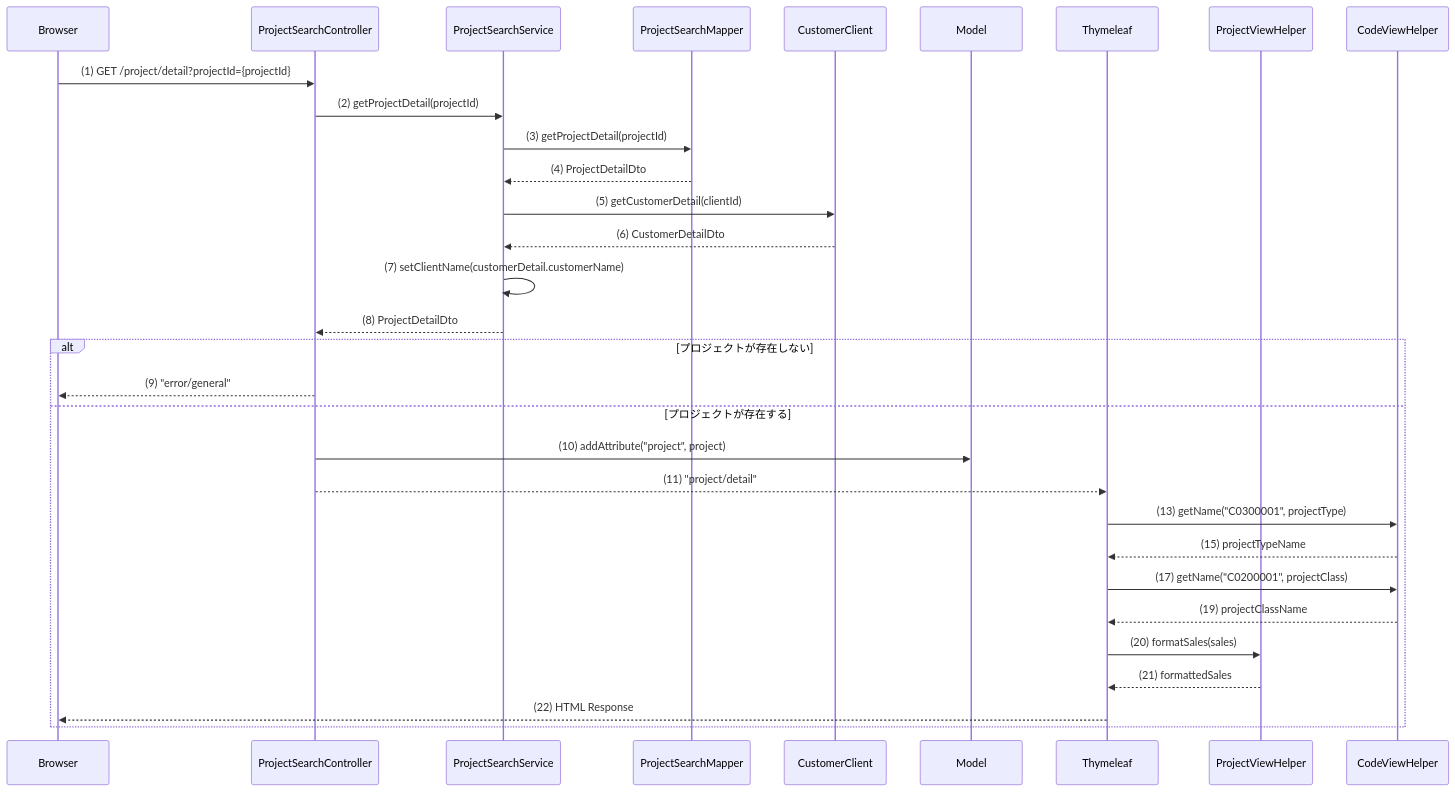
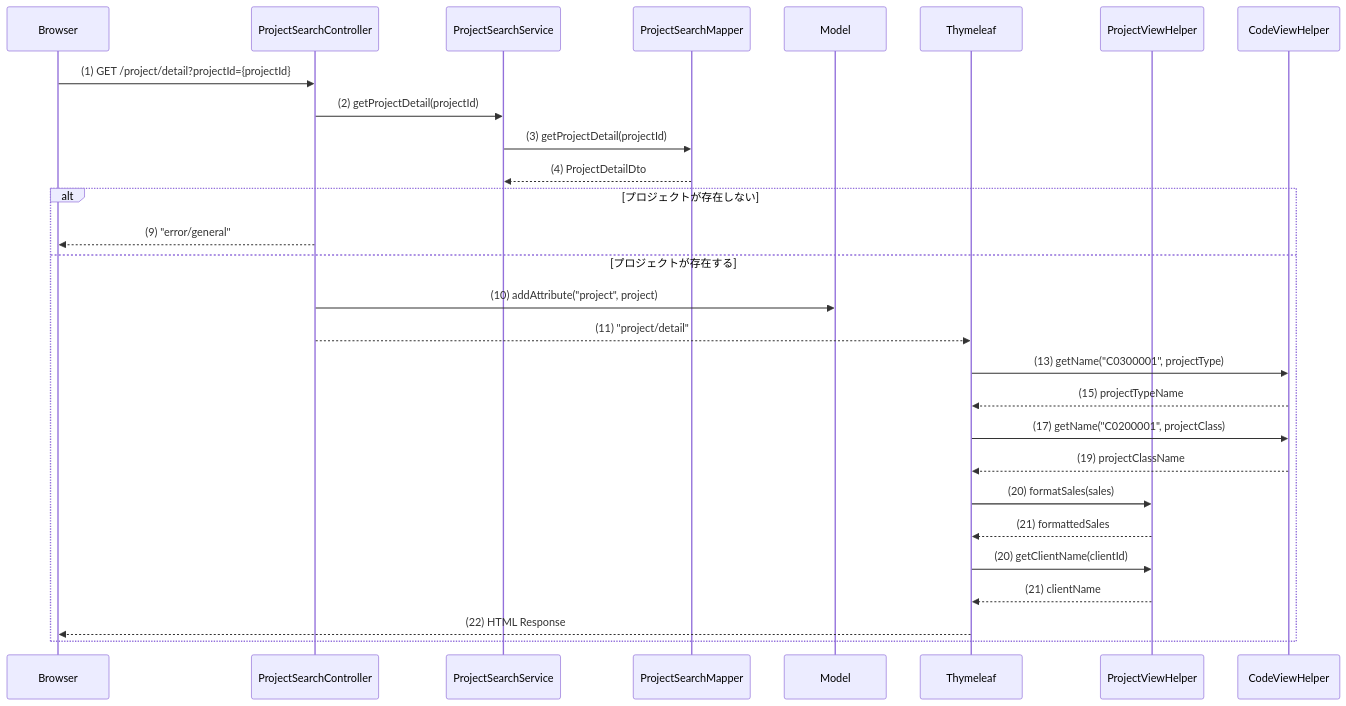
The fifth of 5 diagrams in web/docs/plan/プロジェクト照会実装計画.md (nagaoka-aya/rta-with-ai-2), drawn with Mermaid before and after one commit. The commit also changed other lines of this file and 1 other file, not shown here.

````diff
--- a/web/docs/plan/プロジェクト照会実装計画.md
+++ b/web/docs/plan/プロジェクト照会実装計画.md
@@ -252,51 +244,45 @@
 ```mermaid
 sequenceDiagram
     participant Browser
     participant ProjectSearchController
     participant ProjectSearchService
     participant ProjectSearchMapper
-    participant CustomerClient
     participant Model
     participant Thymeleaf
     participant ProjectViewHelper
     participant CodeViewHelper
 
     %% ① 詳細表示リクエスト
     Browser ->> ProjectSearchController: (1) GET /project/detail?projectId={projectId}
     
     %% ② プロジェクト詳細取得
     ProjectSearchController ->> ProjectSearchService: (2) getProjectDetail(projectId)
     ProjectSearchService ->> ProjectSearchMapper: (3) getProjectDetail(projectId)
     ProjectSearchMapper -->> ProjectSearchService: (4) ProjectDetailDto
-    
-    %% ③ 顧客情報取得
-    ProjectSearchService ->> CustomerClient: (5) getCustomerDetail(clientId)
-    CustomerClient -->> ProjectSearchService: (6) CustomerDetailDto
-    
-    %% ④ 詳細DTOに顧客名設定
-    ProjectSearchService ->> ProjectSearchService: (7) setClientName(customerDetail.customerName)
-    ProjectSearchService -->> ProjectSearchController: (8) ProjectDetailDto
     
     alt プロジェクトが存在しない
         ProjectSearchController -->> Browser: (9) "error/general"
     else プロジェクトが存在する
         %% ⑤ モデルに設定
         ProjectSearchController ->> Model: (10) addAttribute("project", project)
         
         %% ⑥ テンプレート指定
         ProjectSearchController -->> Thymeleaf: (11) "project/detail"
         
         %% ⑦ HTMLレンダリング時にViewHelper参照
         Thymeleaf ->> CodeViewHelper: (13) getName("C0300001", projectType)
         CodeViewHelper -->> Thymeleaf: (15) projectTypeName
         
         Thymeleaf ->> CodeViewHelper: (17) getName("C0200001", projectClass)
         CodeViewHelper -->> Thymeleaf: (19) projectClassName
         
         Thymeleaf ->> ProjectViewHelper: (20) formatSales(sales)
         ProjectViewHelper -->> Thymeleaf: (21) formattedSales
+
+        Thymeleaf ->> ProjectViewHelper: (20) getClientName(clientId)
+        ProjectViewHelper -->> Thymeleaf: (21) clientName
         
         %% ⑧ HTML生成・レスポンス
         Thymeleaf -->> Browser: (22) HTML Response
     end
 ```
````
